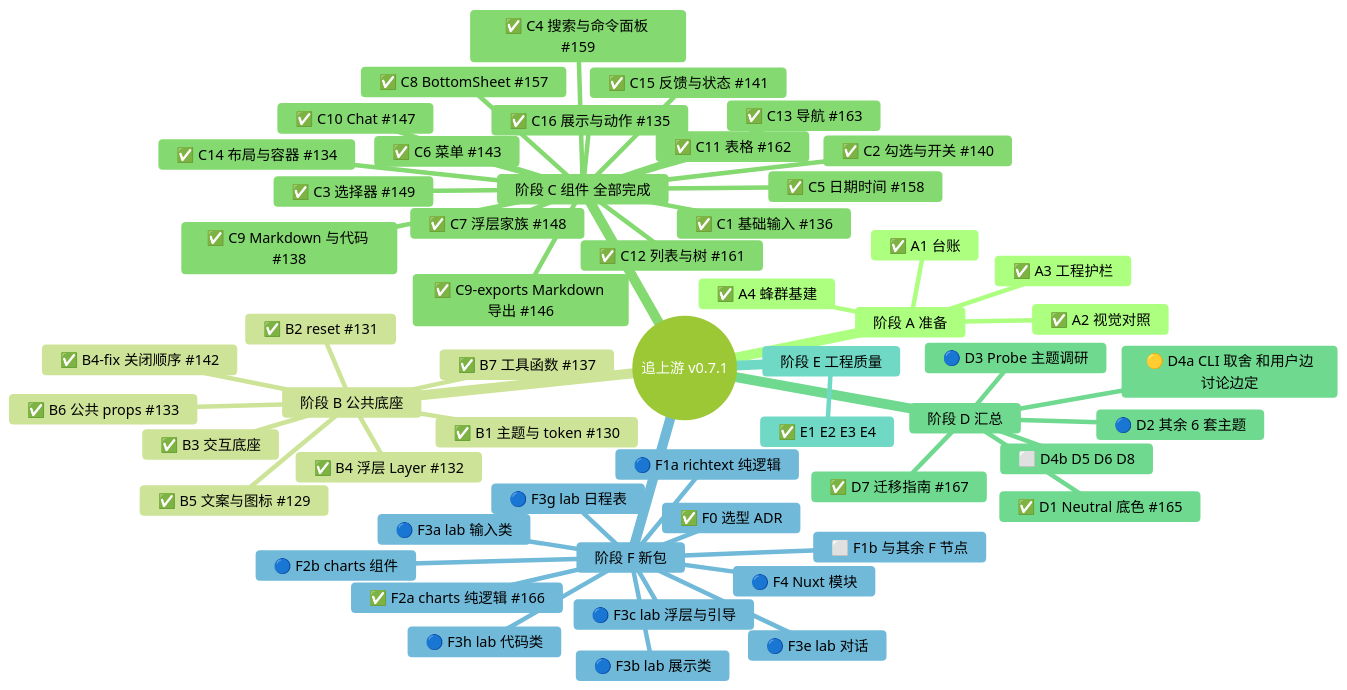
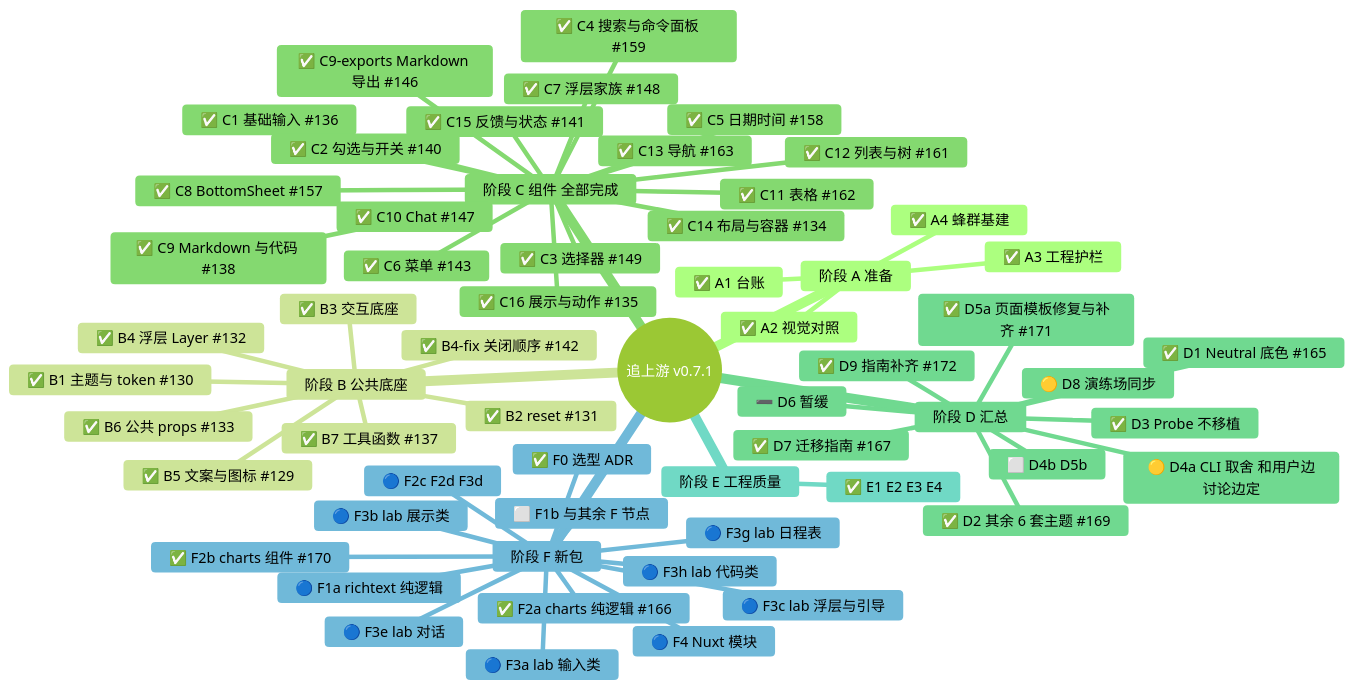
One commit to astryx-vue/astryx-vue changed the diagram in .agents-work/upstream-sync-0.7.1/PR128-BODY.md. Above: the diagram before and after it, drawn with Mermaid (forest theme). The commit also changed other lines of this file and 17 other files, not shown here.

````diff
--- a/.agents-work/upstream-sync-0.7.1/PR128-BODY.md
+++ b/.agents-work/upstream-sync-0.7.1/PR128-BODY.md
@@ -19,58 +19,63 @@
 ```mermaid
 mindmap
   root((追上游 v0.7.1))
     阶段 A 准备
       ✅ A1 台账
       ✅ A2 视觉对照
       ✅ A3 工程护栏
       ✅ A4 蜂群基建
     阶段 B 公共底座
       ✅ B1 主题与 token #130
       ✅ B2 reset #131
       ✅ B3 交互底座
       ✅ B4 浮层 Layer #132
       ✅ B4-fix 关闭顺序 #142
       ✅ B5 文案与图标 #129
       ✅ B6 公共 props #133
       ✅ B7 工具函数 #137
     阶段 C 组件 全部完成
       ✅ C1 基础输入 #136
       ✅ C2 勾选与开关 #140
       ✅ C3 选择器 #149
       ✅ C4 搜索与命令面板 #159
       ✅ C5 日期时间 #158
       ✅ C6 菜单 #143
       ✅ C7 浮层家族 #148
       ✅ C8 BottomSheet #157
       ✅ C9 Markdown 与代码 #138
       ✅ C9-exports Markdown 导出 #146
       ✅ C10 Chat #147
       ✅ C11 表格 #162
       ✅ C12 列表与树 #161
       ✅ C13 导航 #163
       ✅ C14 布局与容器 #134
       ✅ C15 反馈与状态 #141
       ✅ C16 展示与动作 #135
     阶段 D 汇总
       ✅ D1 Neutral 底色 #165
+      ✅ D2 其余 6 套主题 #169
+      ✅ D3 Probe 不移植
+      ✅ D5a 页面模板修复与补齐 #171
       ✅ D7 迁移指南 #167
+      ✅ D9 指南补齐 #172
       🟡 D4a CLI 取舍 和用户边讨论边定
-      🔵 D2 其余 6 套主题
-      🔵 D3 Probe 主题调研
-      ⬜ D4b D5 D6 D8
+      🟡 D8 演练场同步
+      ➖ D6 暂缓
+      ⬜ D4b D5b
     阶段 E 工程质量
       ✅ E1 E2 E3 E4
     阶段 F 新包
       ✅ F0 选型 ADR
       🔵 F1a richtext 纯逻辑
       ✅ F2a charts 纯逻辑 #166
-      🔵 F2b charts 组件
+      ✅ F2b charts 组件 #170
       🔵 F3a lab 输入类
       🔵 F3b lab 展示类
       🔵 F3c lab 浮层与引导
       🔵 F3e lab 对话
       🔵 F3g lab 日程表
       🔵 F3h lab 代码类
       🔵 F4 Nuxt 模块
+      🔵 F2c F2d F3d
       ⬜ F1b 与其余 F 节点
 ```
````
